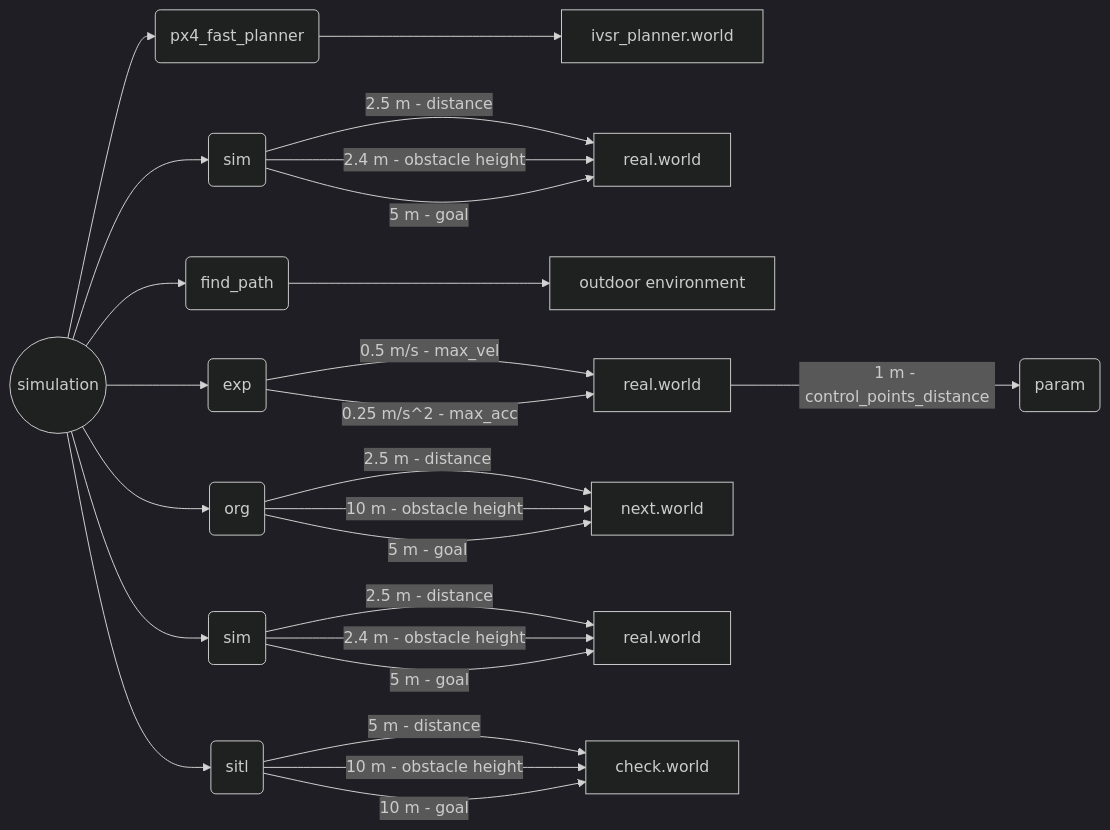
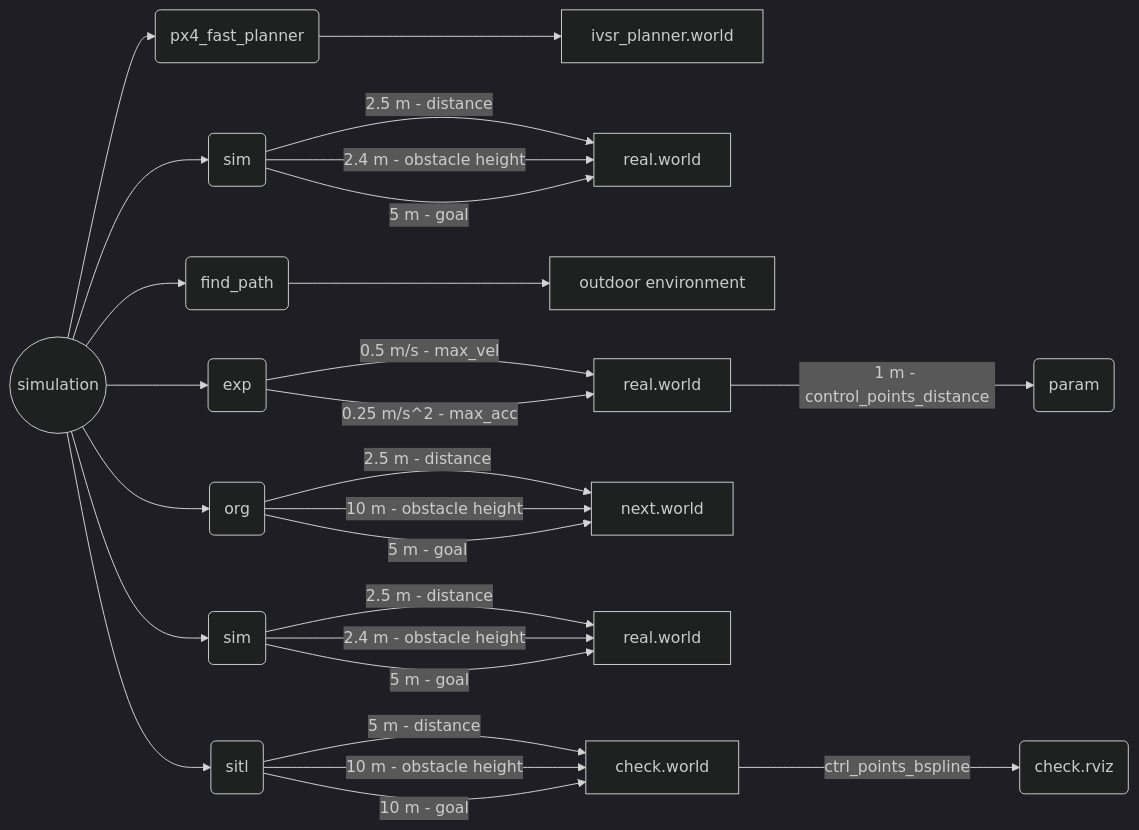
The fourth of 4 diagrams in README.md (Dieptranivsr/drone_extend), drawn with Mermaid (dark theme) before and after one commit.

````diff
--- a/README.md
+++ b/README.md
@@ -33,28 +33,29 @@
 ```mermaid
 flowchart LR 
 
 A((simulation)) --> B(px4_fast_planner)
 B --> C[ivsr_planner.world]
 A --> D(sim)
 D -->|2.5 m - distance| E[real.world]
 D -->|2.4 m - obstacle height| E
 D -->|5 m - goal| E
 A --> F(find_path)
 F --> G[outdoor environment]
 A --> H(exp)
 H -->|0.5 m/s - max_vel| I[real.world]
 H -->|0.25 m/s^2 - max_acc| I
 I -->|1 m - control_points_distance| II(param)
 A --> J(org)
 J -->|2.5 m - distance| K[next.world]
 J -->|10 m - obstacle height| K
 J -->|5 m - goal| K
 A --> L(sim)
 L -->|2.5 m - distance| LL[real.world]
 L -->|2.4 m - obstacle height| LL
 L -->|5 m - goal| LL
 A --> M(sitl)
-M -->|5 m - distance| MM[check.world]
-M -->|10 m - obstacle height| MM
-M -->|10 m - goal| MM
+M -->|5 m - distance| N[check.world]
+M -->|10 m - obstacle height| N
+M -->|10 m - goal| N
+N -->|ctrl_points_bspline| NN(check.rviz)
 ```
````
